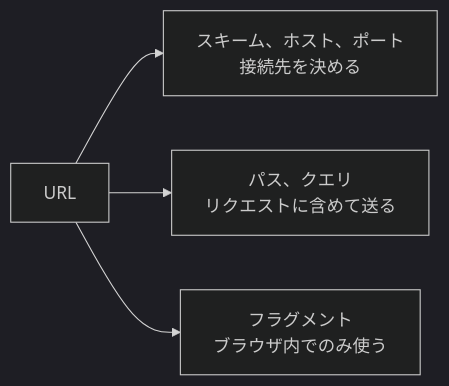
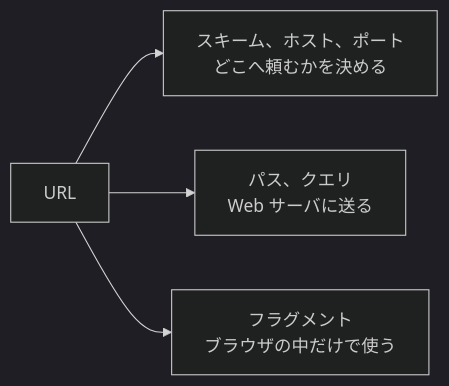
One commit to Appricot144/teaching-material changed the diagram in servlet/01-web-basics/03-what-is-url.md. Above: the diagram before and after it, drawn with Mermaid (dark theme). The commit also changed other lines of this file and 5 other files, not shown here.

````diff
--- a/servlet/01-web-basics/03-what-is-url.md
+++ b/servlet/01-web-basics/03-what-is-url.md
@@ -32,6 +60,6 @@
 ```mermaid
 flowchart LR
-    U["URL"] --> C["スキーム、ホスト、ポート<br/>接続先を決める"]
-    U --> R["パス、クエリ<br/>リクエストに含めて送る"]
-    U --> F["フラグメント<br/>ブラウザ内でのみ使う"]
+    U["URL"] --> C["スキーム、ホスト、ポート<br/>どこへ頼むかを決める"]
+    U --> R["パス、クエリ<br/>Web サーバに送る"]
+    U --> F["フラグメント<br/>ブラウザの中だけで使う"]
 ```
````
